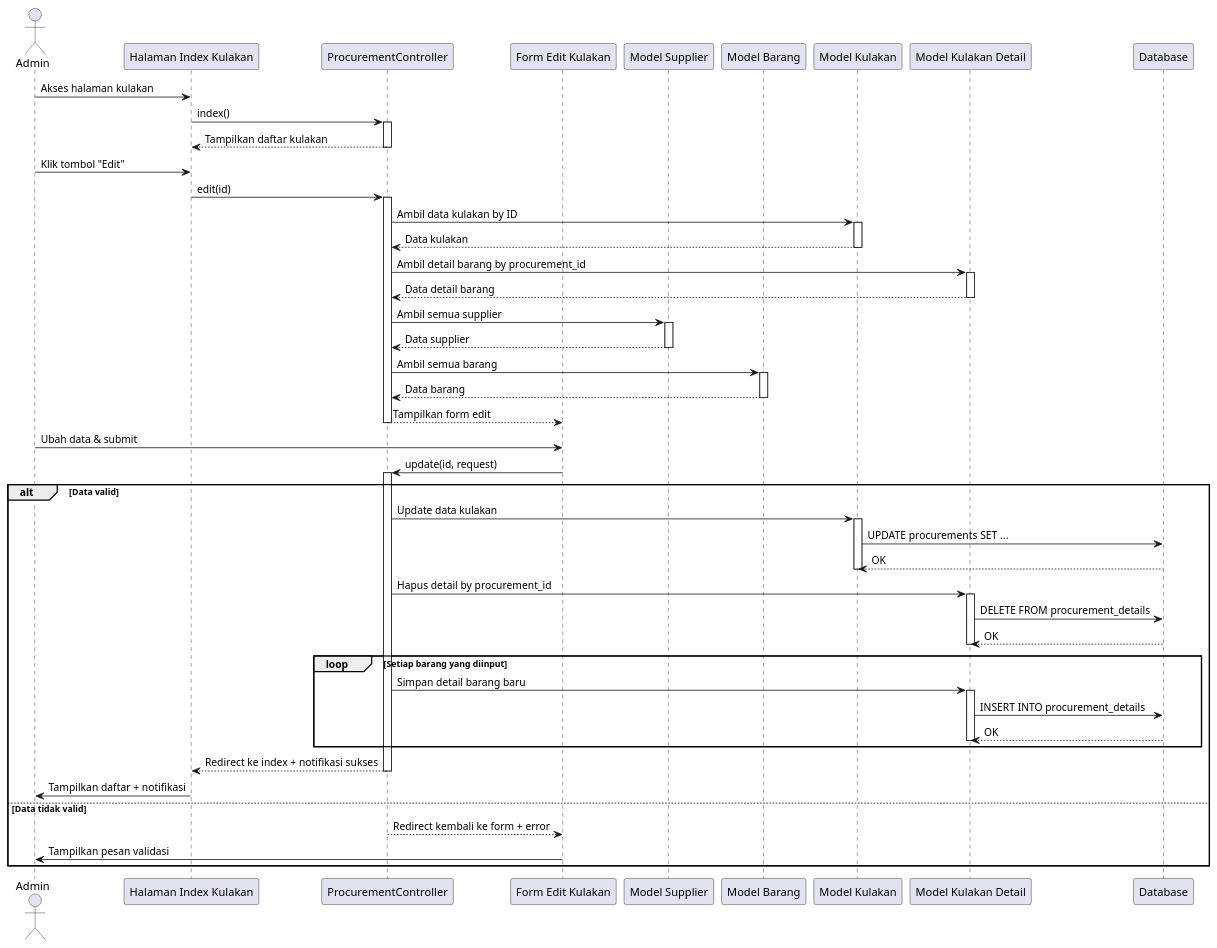
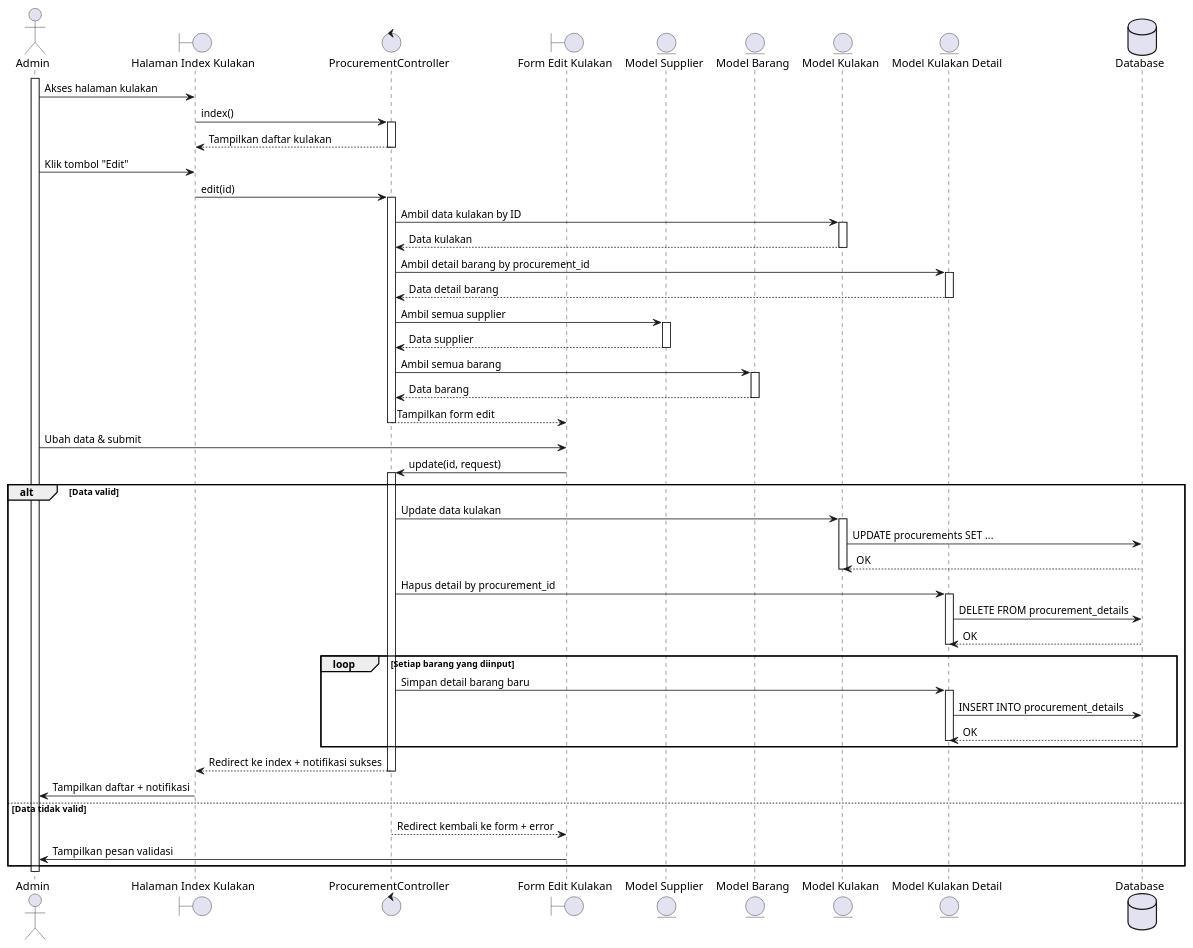
One commit to tengahcang/UML_TA changed the diagram in sequence diagram/kulakan/mengedit_kulakan.wsd. Above: the diagram before and after it, drawn with PlantUML. The commit also changed 115 other files, not shown here.

```diff
--- a/sequence diagram/kulakan/mengedit_kulakan.wsd
+++ b/sequence diagram/kulakan/mengedit_kulakan.wsd
@@ -1,89 +1,91 @@
 @startuml
 actor Admin
 
-participant "Halaman Index Kulakan" as KulakanIndex
-participant "ProcurementController" as Controller
-participant "Form Edit Kulakan" as EditForm
-participant "Model Supplier" as SupplierModel
-participant "Model Barang" as ProductModel
-participant "Model Kulakan" as ProcurementModel
-participant "Model Kulakan Detail" as ProcurementDetailsModel
-participant "Database" as DB
+boundary "Halaman Index Kulakan" as KulakanIndex
+control "ProcurementController" as Controller
+boundary "Form Edit Kulakan" as EditForm
+entity "Model Supplier" as SupplierModel
+entity "Model Barang" as ProductModel
+entity "Model Kulakan" as ProcurementModel
+entity "Model Kulakan Detail" as ProcurementDetailsModel
+database "Database" as DB
 
 ' Admin buka halaman index
+activate Admin
 Admin -> KulakanIndex: Akses halaman kulakan
 KulakanIndex -> Controller: index()
 activate Controller
 Controller --> KulakanIndex: Tampilkan daftar kulakan
 deactivate Controller
 
 ' Admin klik tombol Edit
 Admin -> KulakanIndex: Klik tombol "Edit"
 KulakanIndex -> Controller: edit(id)
 activate Controller
 
 ' Ambil data header kulakan
 Controller -> ProcurementModel: Ambil data kulakan by ID
 activate ProcurementModel
 ProcurementModel --> Controller: Data kulakan
 deactivate ProcurementModel
 
 ' Ambil data detail barang
 Controller -> ProcurementDetailsModel: Ambil detail barang by procurement_id
 activate ProcurementDetailsModel
 ProcurementDetailsModel --> Controller: Data detail barang
 deactivate ProcurementDetailsModel
 
 ' Ambil data supplier dan barang (untuk dropdown)
 Controller -> SupplierModel: Ambil semua supplier
 activate SupplierModel
 SupplierModel --> Controller: Data supplier
 deactivate SupplierModel
 
 Controller -> ProductModel: Ambil semua barang
 activate ProductModel
 ProductModel --> Controller: Data barang
 deactivate ProductModel
 
 ' Tampilkan form edit dengan semua data
 Controller --> EditForm: Tampilkan form edit
 deactivate Controller
 
 ' Admin ubah data dan submit
 Admin -> EditForm: Ubah data & submit
 EditForm -> Controller: update(id, request)
 activate Controller
 
 alt Data valid
     Controller -> ProcurementModel: Update data kulakan
     activate ProcurementModel
     ProcurementModel -> DB: UPDATE procurements SET ...
     DB --> ProcurementModel: OK
     deactivate ProcurementModel
 
     ' Hapus detail lama
     Controller -> ProcurementDetailsModel: Hapus detail by procurement_id
     activate ProcurementDetailsModel
     ProcurementDetailsModel -> DB: DELETE FROM procurement_details
     DB --> ProcurementDetailsModel: OK
     deactivate ProcurementDetailsModel
 
     ' Simpan ulang detail barang baru
     loop Setiap barang yang diinput
         Controller -> ProcurementDetailsModel: Simpan detail barang baru
         activate ProcurementDetailsModel
         ProcurementDetailsModel -> DB: INSERT INTO procurement_details
         DB --> ProcurementDetailsModel: OK
         deactivate ProcurementDetailsModel
     end
 
     Controller --> KulakanIndex: Redirect ke index + notifikasi sukses
     deactivate Controller
     KulakanIndex -> Admin: Tampilkan daftar + notifikasi
 else Data tidak valid
     Controller --> EditForm: Redirect kembali ke form + error
     deactivate Controller
     EditForm -> Admin: Tampilkan pesan validasi
 end
+deactivate Admin
 
 @enduml
```
